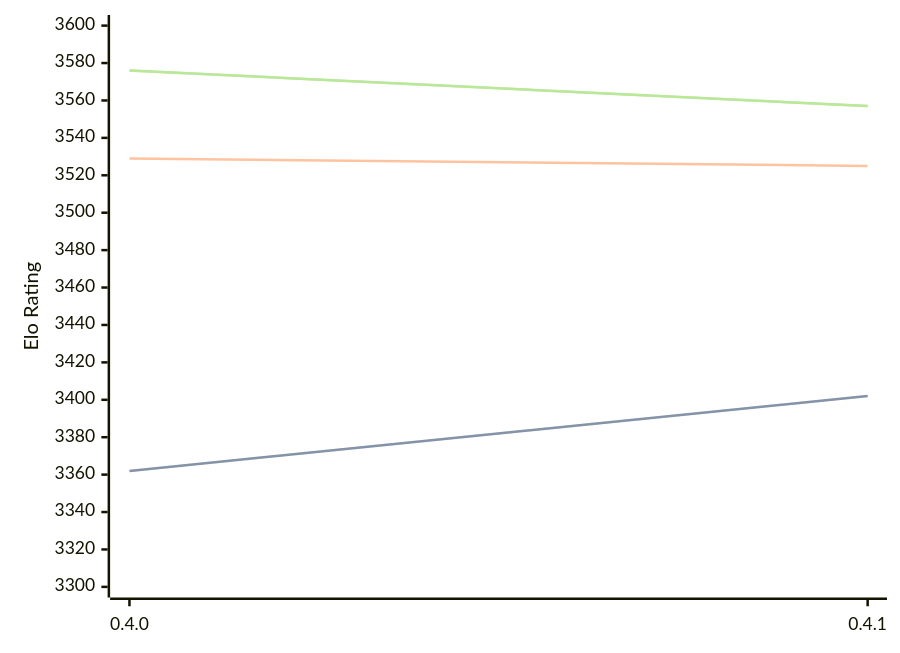
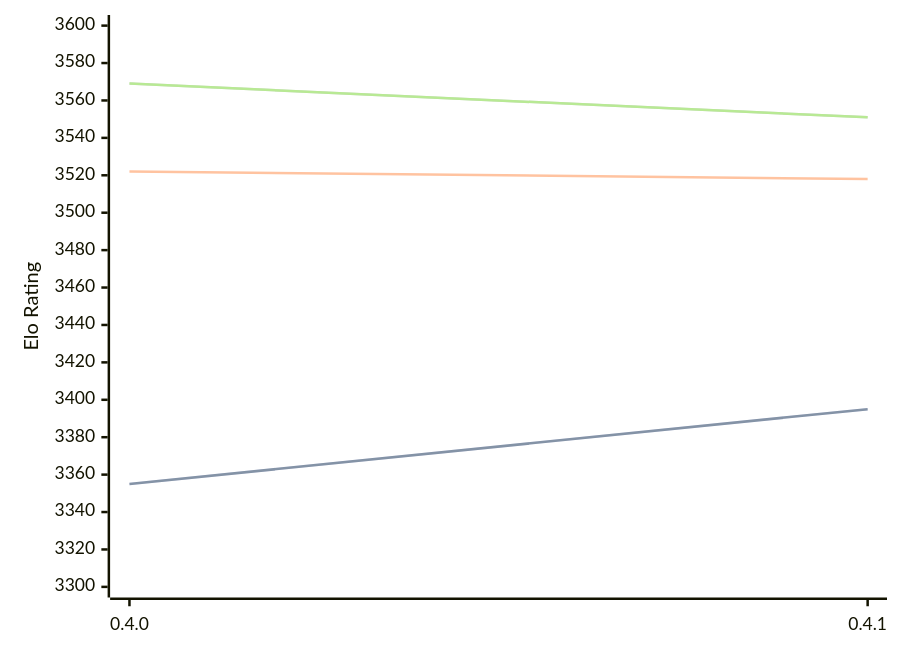
Before and after one commit to computer-chess-index/cci: the diagram in engines/Cinder.md, drawn with Mermaid. The commit also changed other lines of this file, not shown here.

Commit message:
Update CCI Ratings (ELO VLTC) - 2026-05-18

````diff
--- a/engines/Cinder.md
+++ b/engines/Cinder.md
@@ -40,11 +40,11 @@
 ```mermaid
 %%{init: {"theme":"base","themeVariables":{"seriesColors:['#a3a3a3','#222221','#faa371']}}}%%
 xychart-beta
   x-axis ["0.4.0", "0.4.1"]
   y-axis "Elo Rating" 3300 --> 3600
-  line "STC (8.0+0.08s)" [3362, 3402]
-  line "STC (8.0+0.08s)" [3362, 3402]
-  line "LTC (60.0+0.60s)" [3529, 3525]
-  line "VLTC (2m24s+1.12s)" [3576, 3557]
-  line "VLTC (2m24s+1.12s)" [3576, 3557]
+  line "STC (8.0+0.08s)" [3355, 3395]
+  line "STC (8.0+0.08s)" [3355, 3395]
+  line "LTC (60.0+0.60s)" [3522, 3518]
+  line "VLTC (2m24s+1.12s)" [3569, 3551]
+  line "VLTC (2m24s+1.12s)" [3569, 3551]
 ```
````
